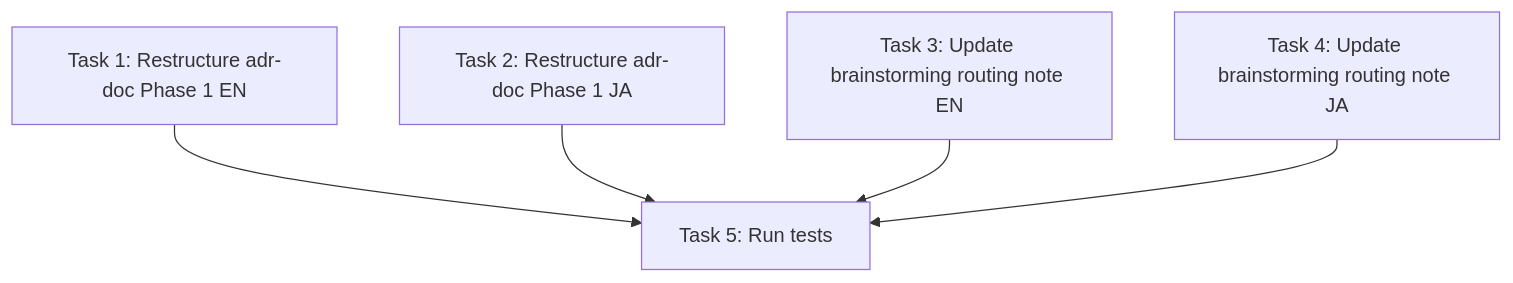
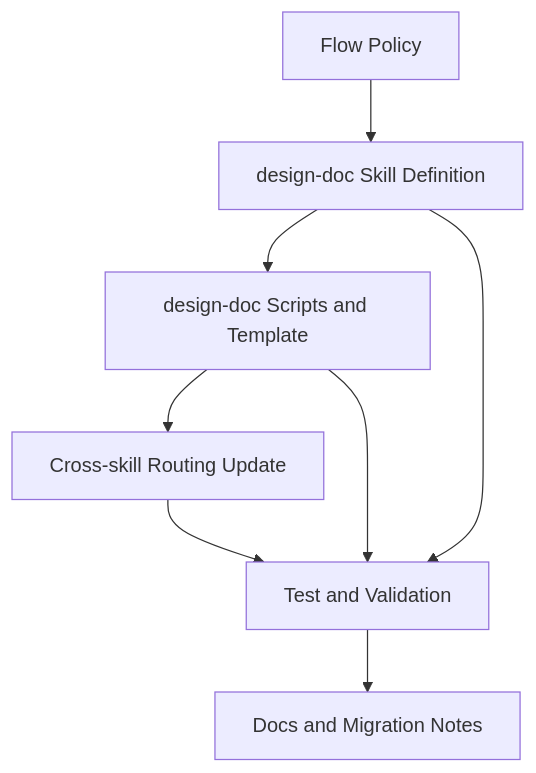
The diagram in packages/doc-driven-dev-apm/tasks/plan.md (scarecrow173/apm-packages), drawn with Mermaid before and after one commit. The commit also changed other lines of this file and 34 other files, not shown here.

````diff
--- a/packages/doc-driven-dev-apm/tasks/plan.md
+++ b/packages/doc-driven-dev-apm/tasks/plan.md
@@ -108,7 +22,10 @@
 ```mermaid
 graph TD
-  A[Task 1: Restructure adr-doc Phase 1 EN] --> E[Task 5: Run tests]
-  B[Task 2: Restructure adr-doc Phase 1 JA] --> E
-  C[Task 3: Update brainstorming routing note EN] --> E
-  D[Task 4: Update brainstorming routing note JA] --> E
+  A[Flow Policy] --> B[design-doc Skill Definition]
+  B --> C[design-doc Scripts and Template]
+  C --> D[Cross-skill Routing Update]
+  D --> E[Test and Validation]
+  B --> E
+  C --> E
+  E --> F[Docs and Migration Notes]
 ```
````
